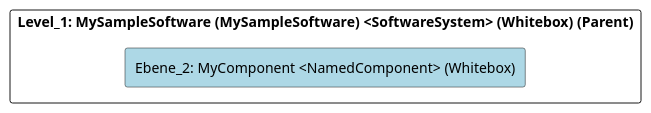
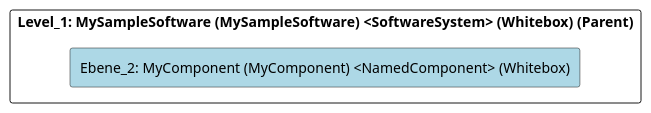
One commit to marcozwyssig/cleon changed the diagram in src/cleon.architecturemethods.arc42.sample/doc/cleon_architecturemethods_arc42_sample_software_simple/adoc/de/05_bausteinsicht/mysamplesoftware/mycomponent/ebene_2_mycomponent.adoc. Above: the diagram before and after it, drawn with PlantUML. The commit also changed other lines of this file and 166 other files, not shown here.

```diff
--- a/src/cleon.architecturemethods.arc42.sample/doc/cleon_architecturemethods_arc42_sample_software_simple/adoc/de/05_bausteinsicht/mysamplesoftware/mycomponent/ebene_2_mycomponent.adoc
+++ b/src/cleon.architecturemethods.arc42.sample/doc/cleon_architecturemethods_arc42_sample_software_simple/adoc/de/05_bausteinsicht/mysamplesoftware/mycomponent/ebene_2_mycomponent.adoc
@@ -20,24 +20,24 @@
-[plantuml, Ebene_2: MyComponent <NamedComponent> (Whitebox)BlockOverview, format="svg"]
+[plantuml, Ebene_2: MyComponent (MyComponent) <NamedComponent> (Whitebox)BlockOverview, format="svg"]
 ----
-@startuml Ebene_2: MyComponent <NamedComponent> (Whitebox)BuildingBlockOverview
+@startuml Ebene_2: MyComponent (MyComponent) <NamedComponent> (Whitebox)BuildingBlockOverview
 
 skinparam ranksep 10
 skinparam componentStyle rectangle
 skinparam shadowing false
 skinparam arrowColor lightblue
 skinparam arrowThickness 1.2
 skinparam rectangle {
   BackgroundColor White
   BorderColor #333
   RoundCorner 10
 }
 top to bottom direction
 
 component "Level_1: MySampleSoftware (MySampleSoftware) <SoftwareSystem> (Whitebox) (Parent)" {
-    component "Ebene_2: MyComponent <NamedComponent> (Whitebox)" #lightblue {
+    component "Ebene_2: MyComponent (MyComponent) <NamedComponent> (Whitebox)" #lightblue {
     }
 
 }
 
 @enduml
 ----
```
